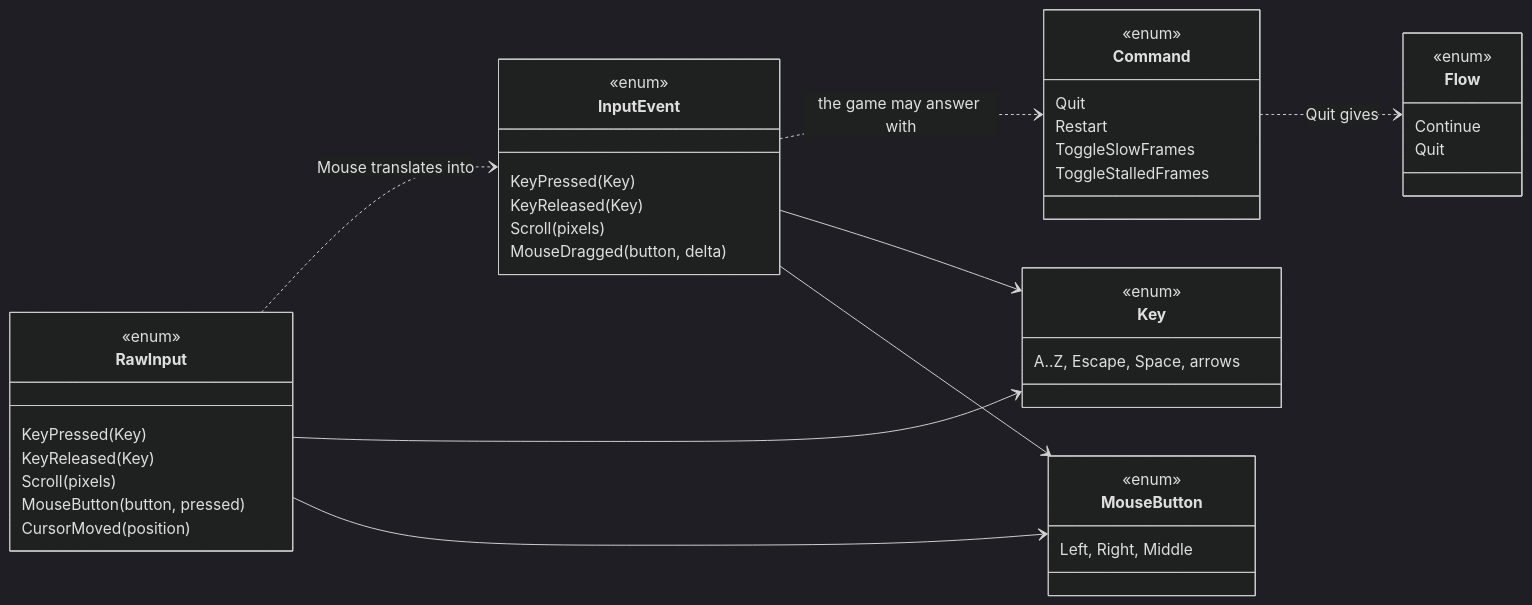
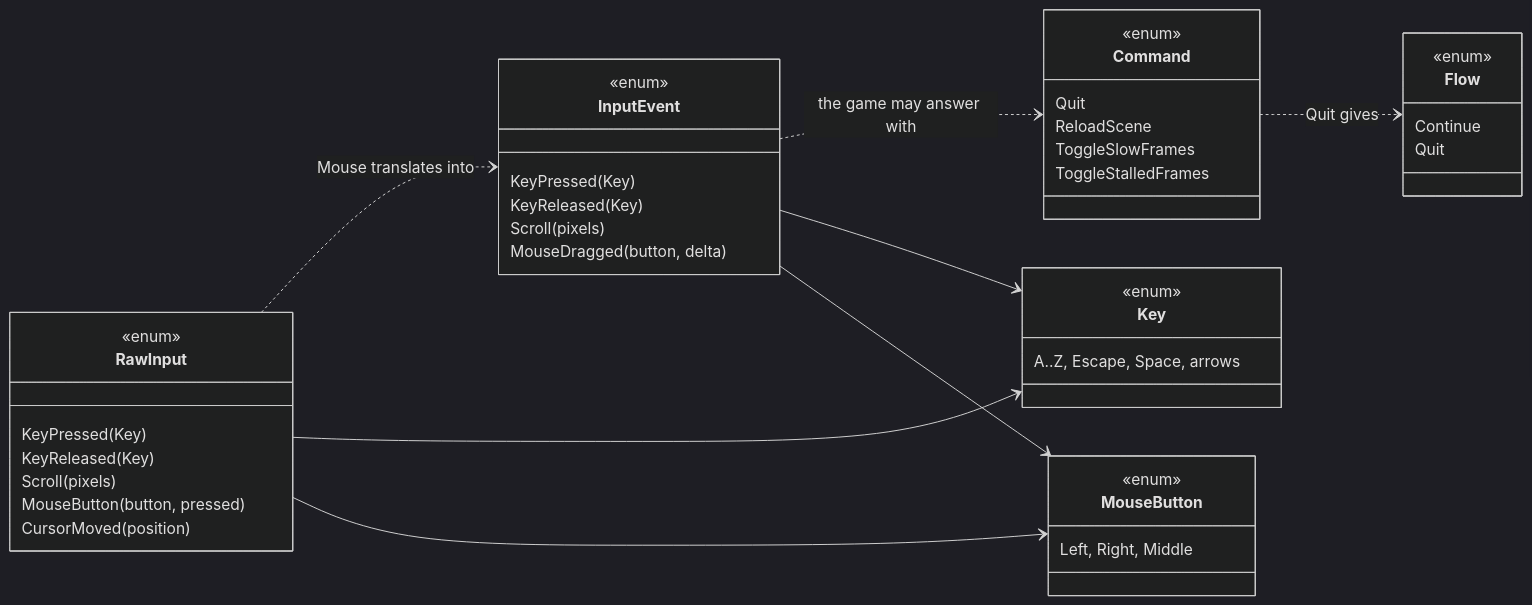
Before and after one commit to fterrier/flightsim: the fifth of 6 diagrams in ARCHITECTURE.md, drawn with Mermaid (dark theme). The commit also changed other lines of this file and 19 other files, not shown here.

````diff
--- a/ARCHITECTURE.md
+++ b/ARCHITECTURE.md
@@ -332,46 +379,46 @@
 ```mermaid
 classDiagram
     direction LR
     class RawInput {
         <<enum>>
         KeyPressed(Key)
         KeyReleased(Key)
         Scroll(pixels)
         MouseButton(button, pressed)
         CursorMoved(position)
     }
     class InputEvent {
         <<enum>>
         KeyPressed(Key)
         KeyReleased(Key)
         Scroll(pixels)
         MouseDragged(button, delta)
     }
     class Command {
         <<enum>>
         Quit
-        Restart
+        ReloadScene
         ToggleSlowFrames
         ToggleStalledFrames
     }
     class Key {
         <<enum>>
         A..Z, Escape, Space, arrows
     }
     class MouseButton {
         <<enum>>
         Left, Right, Middle
     }
     class Flow {
         <<enum>>
         Continue
         Quit
     }
     RawInput ..> InputEvent : Mouse translates into
     InputEvent ..> Command : the game may answer with
     Command ..> Flow : Quit gives
     RawInput --> Key
     RawInput --> MouseButton
     InputEvent --> Key
     InputEvent --> MouseButton
 ```
````
